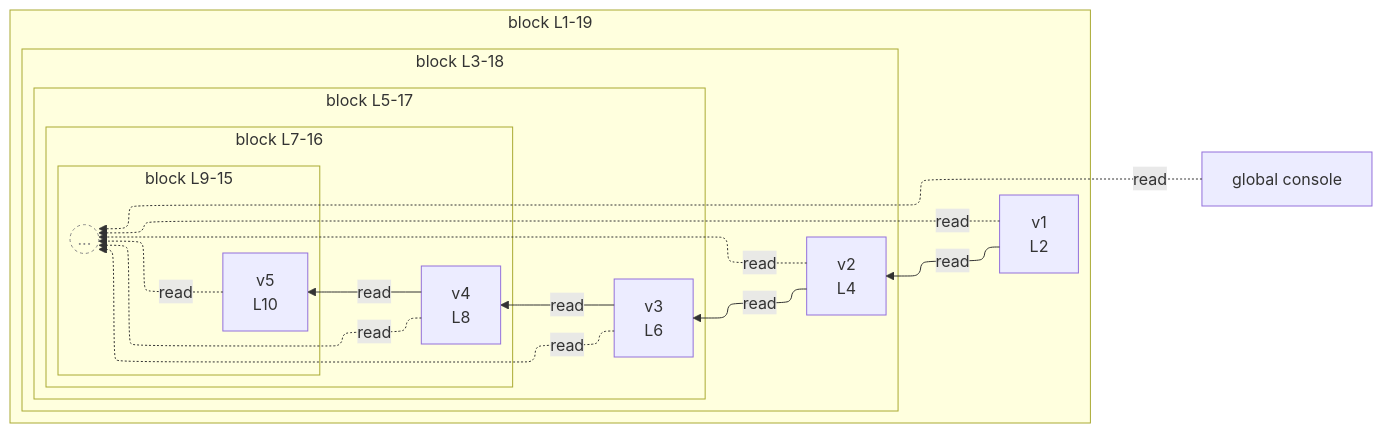
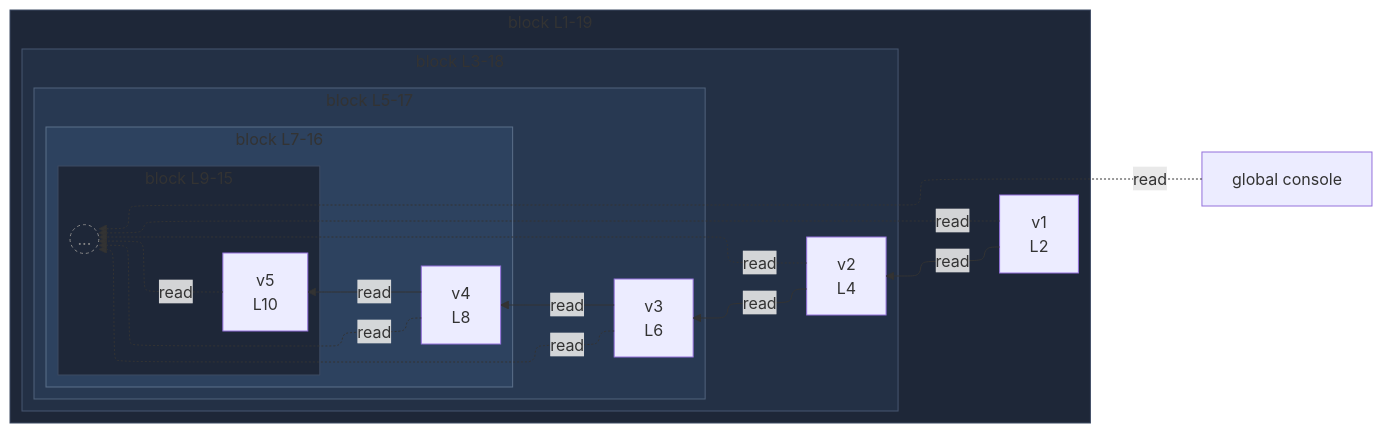
Before and after one commit to crescware/unsnarl: the diagram in integration/fixtures/app-behavior/depth/block/depth-5/preview.md, drawn with Mermaid. The commit also changed 249 other files, not shown here.

First line of the commit message:
Color Mermaid subgraphs by nesting depth via theme palette

````diff
--- a/integration/fixtures/app-behavior/depth/block/depth-5/preview.md
+++ b/integration/fixtures/app-behavior/depth/block/depth-5/preview.md
@@ -35,38 +35,47 @@
 ```mermaid
 %%{init: {"flowchart": {"defaultRenderer": "elk"}}}%%
 flowchart RL
   n_scope_0_console_185["global console"]
   subgraph s_scope_1["block L1-19"]
     direction RL
     n_scope_1_v1_10["v1<br/>L2"]
     subgraph s_scope_2["block L3-18"]
       direction RL
       n_scope_2_v2_32["v2<br/>L4"]
       subgraph s_scope_3["block L5-17"]
         direction RL
         n_scope_3_v3_59["v3<br/>L6"]
         subgraph s_scope_4["block L7-16"]
           direction RL
           n_scope_4_v4_90["v4<br/>L8"]
           subgraph s_scope_5["block L9-15"]
             direction RL
             n_scope_5_v5_125["v5<br/>L10"]
             beyond_depth_s_scope_5((...))
           end
         end
       end
     end
   end
   n_scope_1_v1_10 -->|read| n_scope_2_v2_32
   n_scope_2_v2_32 -->|read| n_scope_3_v3_59
   n_scope_3_v3_59 -->|read| n_scope_4_v4_90
   n_scope_4_v4_90 -->|read| n_scope_5_v5_125
   n_scope_5_v5_125 -.->|read| beyond_depth_s_scope_5
   n_scope_0_console_185 -.->|read| beyond_depth_s_scope_5
   n_scope_1_v1_10 -.->|read| beyond_depth_s_scope_5
   n_scope_2_v2_32 -.->|read| beyond_depth_s_scope_5
   n_scope_3_v3_59 -.->|read| beyond_depth_s_scope_5
   n_scope_4_v4_90 -.->|read| beyond_depth_s_scope_5
   classDef boundaryStub fill:transparent,stroke:#888,stroke-dasharray:3 3,color:#888;
   class beyond_depth_s_scope_5 boundaryStub;
+  classDef nestL1 fill:#1e2738,stroke:#3d4a63;
+  class s_scope_1 nestL1;
+  class s_scope_5 nestL1;
+  classDef nestL2 fill:#233045,stroke:#475670;
+  class s_scope_2 nestL2;
+  classDef nestL3 fill:#283952,stroke:#51637d;
+  class s_scope_3 nestL3;
+  classDef nestL4 fill:#2d425f,stroke:#5b708a;
+  class s_scope_4 nestL4;
 ```
````
